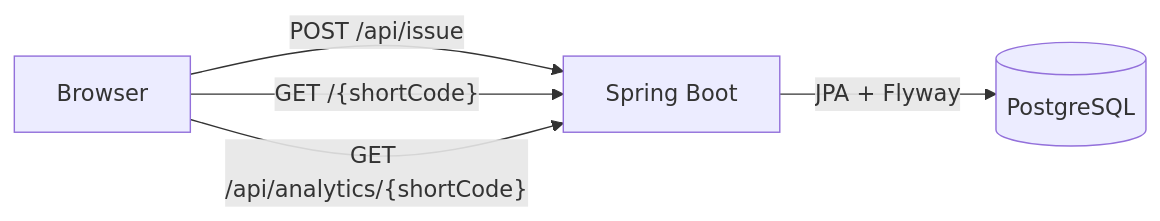
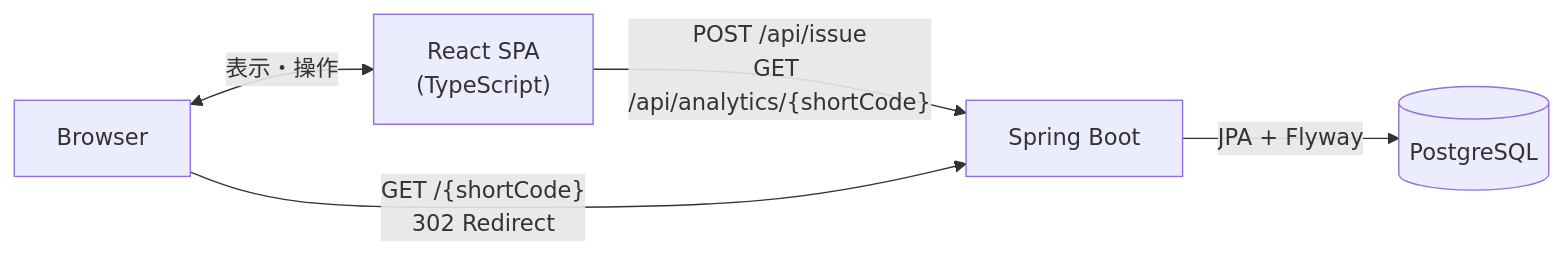
One commit to endomasayaendo/oddlink changed the first of 2 diagrams in README.md. Above: the diagram before and after it, drawn with Mermaid.

Commit message:
Update architecture diagram to show React SPA in system overview

````diff
--- a/README.md
+++ b/README.md
@@ -63,11 +63,12 @@
 ```mermaid
 graph LR
     Browser[Browser]
+    SPA["React SPA<br/>(TypeScript)"]
     Spring["Spring Boot"]
     DB[("PostgreSQL")]
 
-    Browser -->|"POST /api/issue"| Spring
-    Browser -->|"GET /{shortCode}"| Spring
-    Browser -->|"GET /api/analytics/{shortCode}"| Spring
+    Browser <-->|"表示・操作"| SPA
+    SPA -->|"POST /api/issue<br/>GET /api/analytics/{shortCode}"| Spring
+    Browser -->|"GET /{shortCode}<br/>302 Redirect"| Spring
     Spring -->|JPA + Flyway| DB
 ```
````
